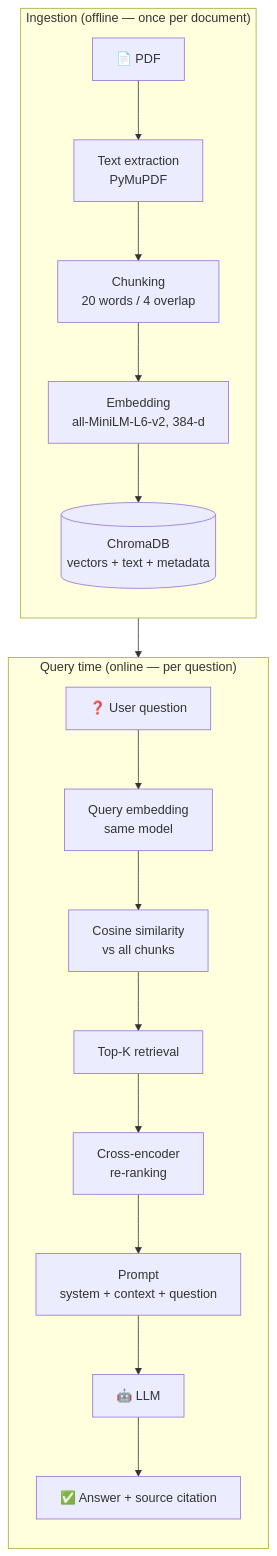
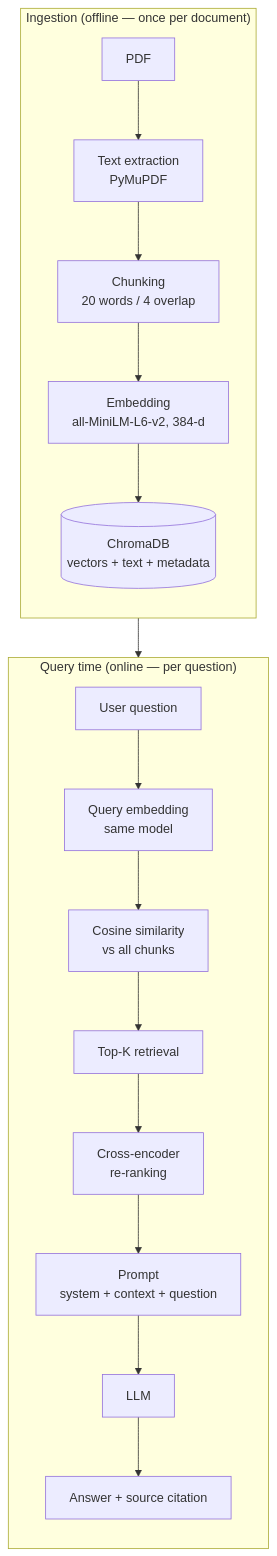
The diagram in README.md (AjmalDanish/mini-rag-learning-lab), drawn with Mermaid before and after one commit. The commit also changed 1 other file, not shown here.

Commit message:
Remove emoji labels from code outputs; clean README diagram
- stripped emoji markers from all 46 code cells (print statements, comments,
  figure titles) so outputs read plain: ACTUAL OUTPUT / TOY EXAMPLE labels
  remain as text, keeping the real-vs-toy distinction explicit
- regenerated assets/pipeline.png and the README mermaid diagram without emoji
- re-ran the full notebook locally to re-attach outputs

````diff
--- a/README.md
+++ b/README.md
@@ -47,12 +47,12 @@
 ```mermaid
 flowchart TB
     subgraph ING["Ingestion (offline — once per document)"]
         direction TB
-        A[📄 PDF] --> B[Text extraction<br/>PyMuPDF] --> C[Chunking<br/>20 words / 4 overlap] --> D[Embedding<br/>all-MiniLM-L6-v2, 384-d] --> E[(ChromaDB<br/>vectors + text + metadata)]
+        A[PDF] --> B[Text extraction<br/>PyMuPDF] --> C[Chunking<br/>20 words / 4 overlap] --> D[Embedding<br/>all-MiniLM-L6-v2, 384-d] --> E[(ChromaDB<br/>vectors + text + metadata)]
     end
     subgraph QUERY["Query time (online — per question)"]
         direction TB
-        Q[❓ User question] --> QE[Query embedding<br/>same model] --> S[Cosine similarity<br/>vs all chunks] --> K[Top-K retrieval] --> R[Cross-encoder<br/>re-ranking] --> P[Prompt<br/>system + context + question] --> L[🤖 LLM] --> AN[✅ Answer + source citation]
+        Q[User question] --> QE[Query embedding<br/>same model] --> S[Cosine similarity<br/>vs all chunks] --> K[Top-K retrieval] --> R[Cross-encoder<br/>re-ranking] --> P[Prompt<br/>system + context + question] --> L[LLM] --> AN[Answer + source citation]
     end
     E --> S
 ```
````
